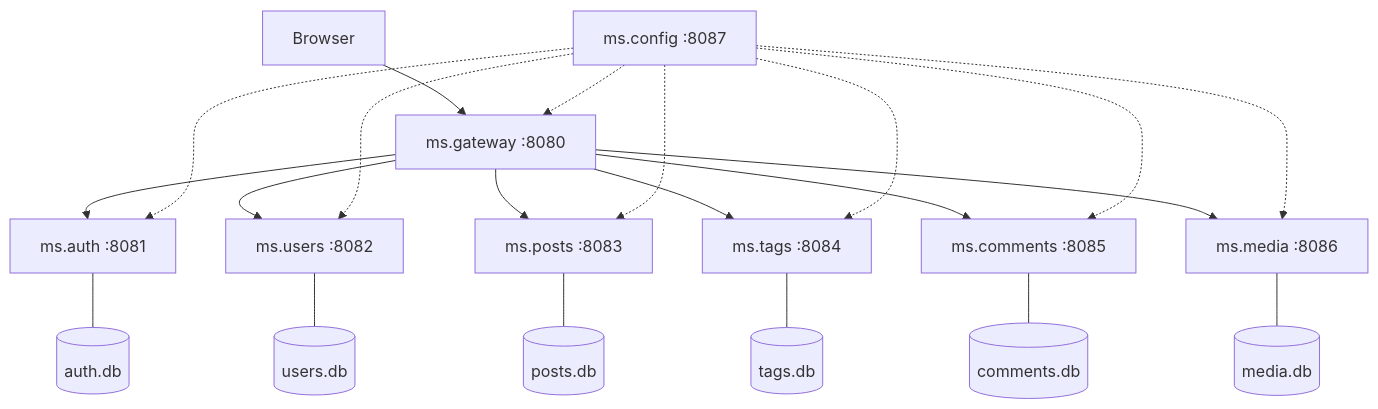
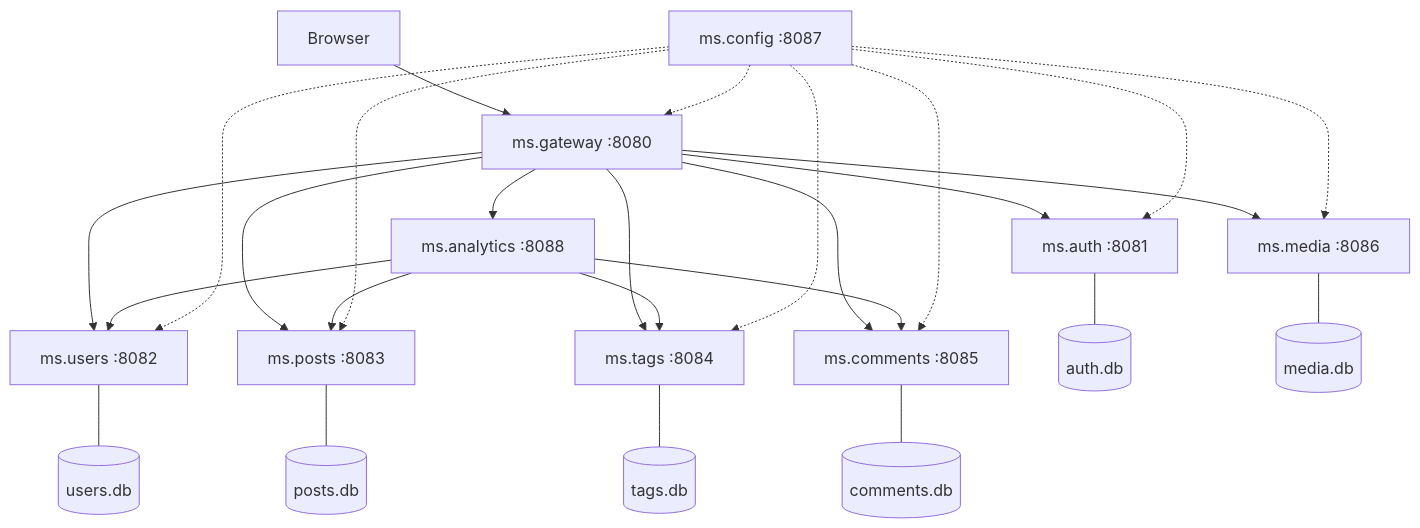
Before and after one commit to sakura1977/mormot2-microservices-blog-sample: the diagram in readme.md, drawn with Mermaid. The commit also changed other lines of this file and 12 other files, not shown here.

````diff
--- a/readme.md
+++ b/readme.md
@@ -41,23 +41,28 @@
 ```mermaid
 graph TB
     Browser --> GW[ms.gateway :8080]
     GW --> AUTH[ms.auth :8081]
     GW --> USERS[ms.users :8082]
     GW --> POSTS[ms.posts :8083]
     GW --> TAGS[ms.tags :8084]
     GW --> COMMENTS[ms.comments :8085]
     GW --> MEDIA[ms.media :8086]
+    GW --> ANALYTICS[ms.analytics :8088]
+    ANALYTICS --> POSTS
+    ANALYTICS --> USERS
+    ANALYTICS --> TAGS
+    ANALYTICS --> COMMENTS
     CONFIG[ms.config :8087] -.-> AUTH
     CONFIG -.-> USERS
     CONFIG -.-> POSTS
     CONFIG -.-> TAGS
     CONFIG -.-> COMMENTS
     CONFIG -.-> MEDIA
     CONFIG -.-> GW
     AUTH --- DB1[(auth.db)]
     USERS --- DB2[(users.db)]
     POSTS --- DB3[(posts.db)]
     TAGS --- DB4[(tags.db)]
     COMMENTS --- DB5[(comments.db)]
     MEDIA --- DB6[(media.db)]
 ```
````
